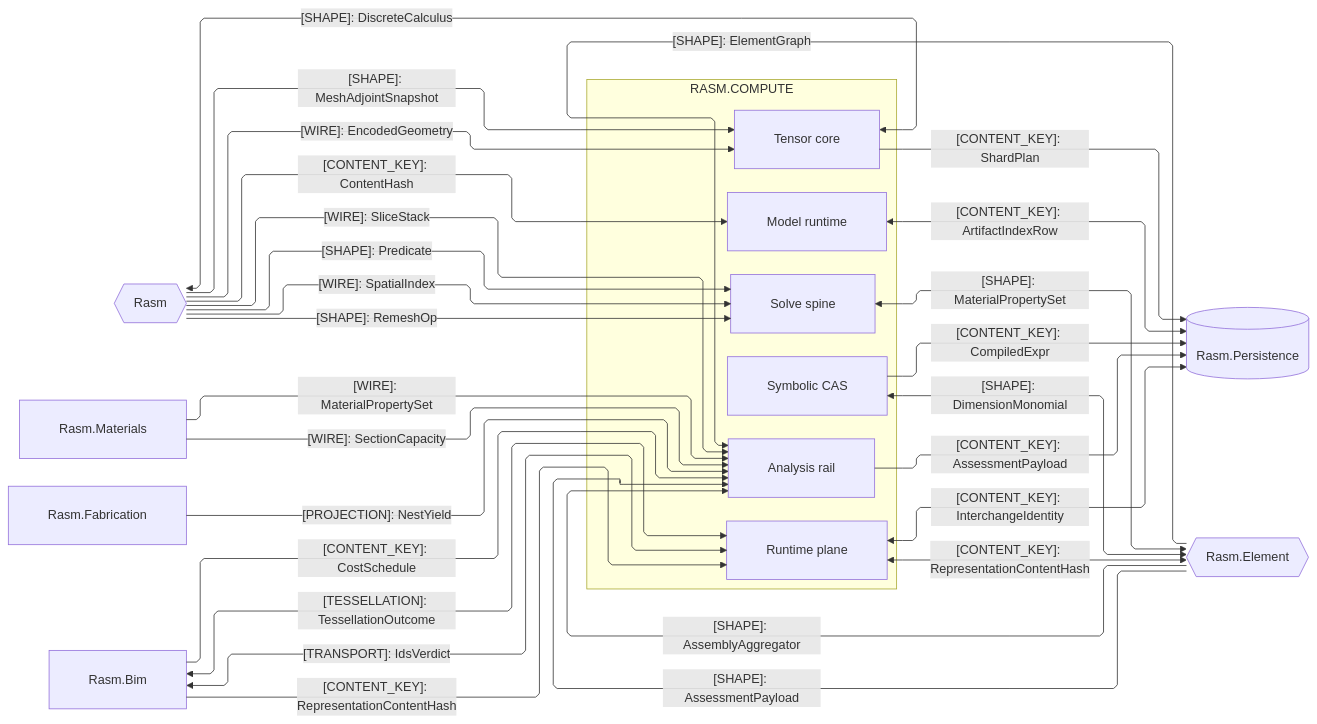
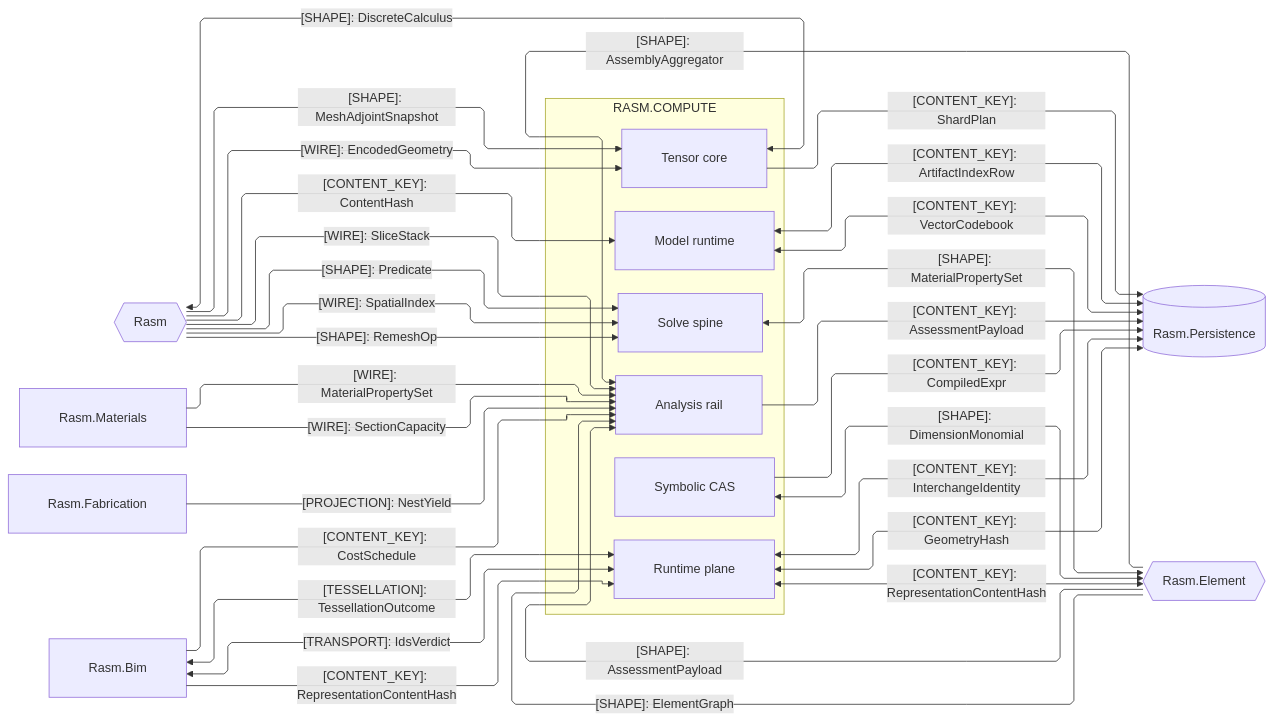
One commit to bsamiee/Rasm changed the second of 4 diagrams in libs/csharp/Rasm.Compute/ARCHITECTURE.md. Above: the diagram before and after it, drawn with Mermaid. The commit also changed other lines of this file and 486 other files, not shown here.

````diff
--- a/libs/csharp/Rasm.Compute/ARCHITECTURE.md
+++ b/libs/csharp/Rasm.Compute/ARCHITECTURE.md
@@ -132,52 +132,54 @@
 ```mermaid
 ---
 config:
   layout: elk
   flowchart:
     curve: linear
     padding: 25
 ---
 flowchart LR
     accTitle: Compute AEC-domain and storage seams
     accDescr: Compute sub-domain owners exchanging content keys, neutral shapes, wires, projections, transport, and tessellation with the kernel, the Element/Materials/Bim/Fabrication AEC peers, and the persistence store, one edge per contract family labeled by kind and shared shape.
     subgraph compute[RASM.COMPUTE]
         Model[Model runtime]
         Tensor[Tensor core]
         Solver[Solve spine]
         Symbolic[Symbolic CAS]
         Analysis[Analysis rail]
         Runtime[Runtime plane]
     end
     Rasm{{Rasm}}
     Persistence[(Rasm.Persistence)]
     Element{{Rasm.Element}}
     Materials[Rasm.Materials]
     Fabrication[Rasm.Fabrication]
     Bim[Rasm.Bim]
     Rasm e1@-->|"[CONTENT_KEY]: ContentHash"| Model
     Rasm e2@-->|"[SHAPE]: Predicate"| Solver
     Tensor e3@<-->|"[SHAPE]: DiscreteCalculus"| Rasm
     Rasm e4@-->|"[WIRE]: SliceStack"| Analysis
     Rasm e18@-->|"[SHAPE]: MeshAdjointSnapshot"| Tensor
     Rasm e19@-->|"[WIRE]: SpatialIndex"| Solver
     Rasm e20@-->|"[SHAPE]: RemeshOp"| Solver
     Rasm e21@-->|"[WIRE]: EncodedGeometry"| Tensor
     Model e15@<-->|"[CONTENT_KEY]: ArtifactIndexRow"| Persistence
+    Model e27@<-->|"[CONTENT_KEY]: VectorCodebook"| Persistence
     Tensor e16@-->|"[CONTENT_KEY]: ShardPlan"| Persistence
     Symbolic e14@-->|"[CONTENT_KEY]: CompiledExpr"| Persistence
     Analysis e13@-->|"[CONTENT_KEY]: AssessmentPayload"| Persistence
     Runtime e17@<-->|"[CONTENT_KEY]: InterchangeIdentity"| Persistence
+    Runtime e28@<-->|"[CONTENT_KEY]: GeometryHash"| Persistence
     Solver e8@<-->|"[SHAPE]: MaterialPropertySet"| Element
     Symbolic e7@<-->|"[SHAPE]: DimensionMonomial"| Element
     Element e5@-->|"[SHAPE]: ElementGraph"| Analysis
     Element e22@-->|"[SHAPE]: AssessmentPayload"| Analysis
     Runtime e6@<-->|"[CONTENT_KEY]: RepresentationContentHash"| Element
     Element e10@-->|"[SHAPE]: AssemblyAggregator"| Analysis
     Materials e9@-->|"[WIRE]: MaterialPropertySet"| Analysis
     Materials e23@-->|"[WIRE]: SectionCapacity"| Analysis
     Fabrication e12@-->|"[PROJECTION]: NestYield"| Analysis
     Bim e11@<-->|"[TESSELLATION]: TessellationOutcome"| Runtime
     Bim e24@<-->|"[TRANSPORT]: IdsVerdict"| Runtime
     Bim e25@-->|"[CONTENT_KEY]: RepresentationContentHash"| Runtime
     Bim e26@-->|"[CONTENT_KEY]: CostSchedule"| Analysis
 ```
````
